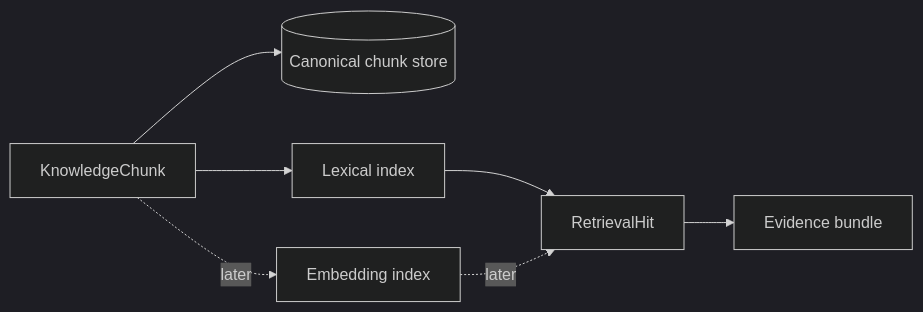
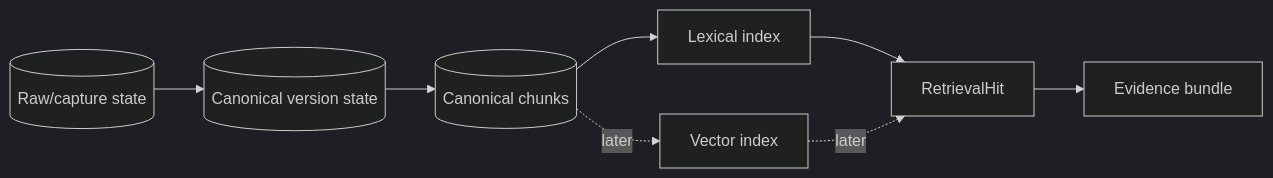
The seventh of 7 diagrams in docs/architecture/KNOWLEDGE_MODEL.md (kumarchandansingh/tropos), drawn with Mermaid (dark theme) before and after one commit. The commit also changed other lines of this file and 23 other files, not shown here.

````diff
--- a/docs/architecture/KNOWLEDGE_MODEL.md
+++ b/docs/architecture/KNOWLEDGE_MODEL.md
@@ -209,10 +237,11 @@
 ```mermaid
 flowchart LR
-    Chunk[KnowledgeChunk]
-    --> Store[(Canonical chunk store)]
+    Raw[(Raw/capture state)]
+    --> Version[(Canonical version state)]
+    --> Chunk[(Canonical chunks)]
     Chunk --> Lex[Lexical index]
-    Chunk -. later .-> Emb[Embedding index]
+    Chunk -. later .-> Vec[Vector index]
     Lex --> Hit[RetrievalHit]
-    Emb -. later .-> Hit
+    Vec -. later .-> Hit
     Hit --> Evidence[Evidence bundle]
 ```
````
